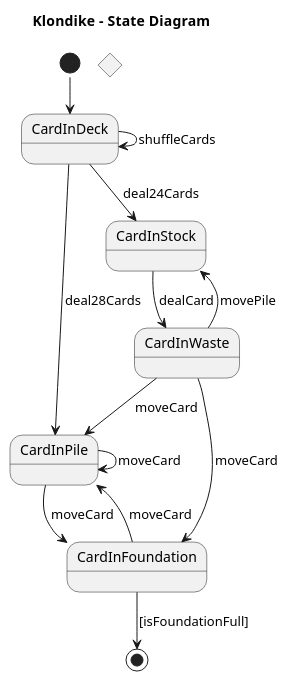
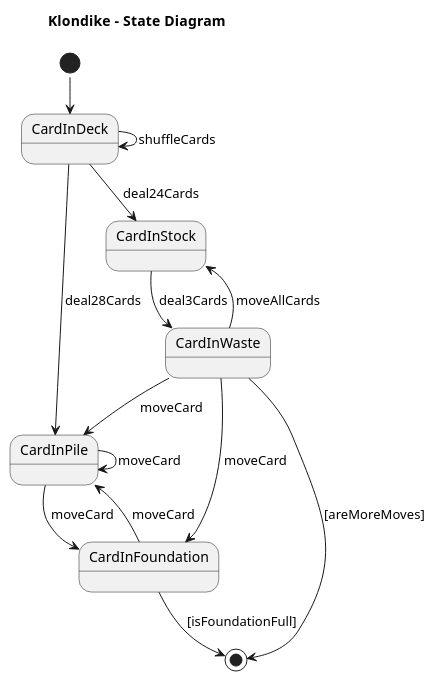
One commit to AngelOS95P/Maestria_IngSoftware_grupo6 changed the diagram in 1 Modelo de Dominio/03_Diagrama de estados.plantuml. Above: the diagram before and after it, drawn with PlantUML.

Commit message:
Update 03_Diagrama de estados.plantuml

```diff
--- a/1 Modelo de Dominio/03_Diagrama de estados.plantuml
+++ b/1 Modelo de Dominio/03_Diagrama de estados.plantuml
@@ -1,28 +1,28 @@
 @startuml StateDiagram
 !pragma layout smetana
 title Klondike  - State Diagram
 
 !pragma layout smetana
 state CardInDeck
 state CardInPile
 state CardInStock
-state Dealer  <<choice>>
 state CardInFoundation
 
 [*] --> CardInDeck
 CardInDeck --> CardInDeck: shuffleCards
 CardInDeck --> CardInPile: deal28Cards
 CardInDeck --> CardInStock: deal24Cards
 
 CardInPile --> CardInPile: moveCard
 CardInPile --> CardInFoundation: moveCard
 CardInFoundation --> CardInPile: moveCard
 
-CardInStock --> CardInWaste: dealCard
-CardInWaste --> CardInStock: movePile
+CardInStock --> CardInWaste: deal3Cards
+CardInWaste --> CardInStock: moveAllCards
 CardInWaste --> CardInPile: moveCard
 CardInWaste --> CardInFoundation: moveCard
 
 CardInFoundation --> [*]: [isFoundationFull]
+CardInWaste --> [*]: [areMoreMoves]
 
 @enduml
```
